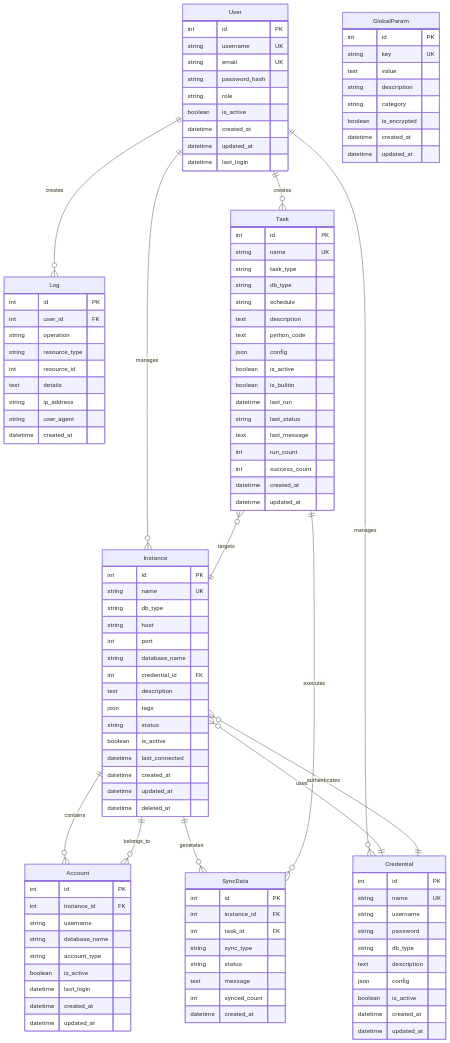
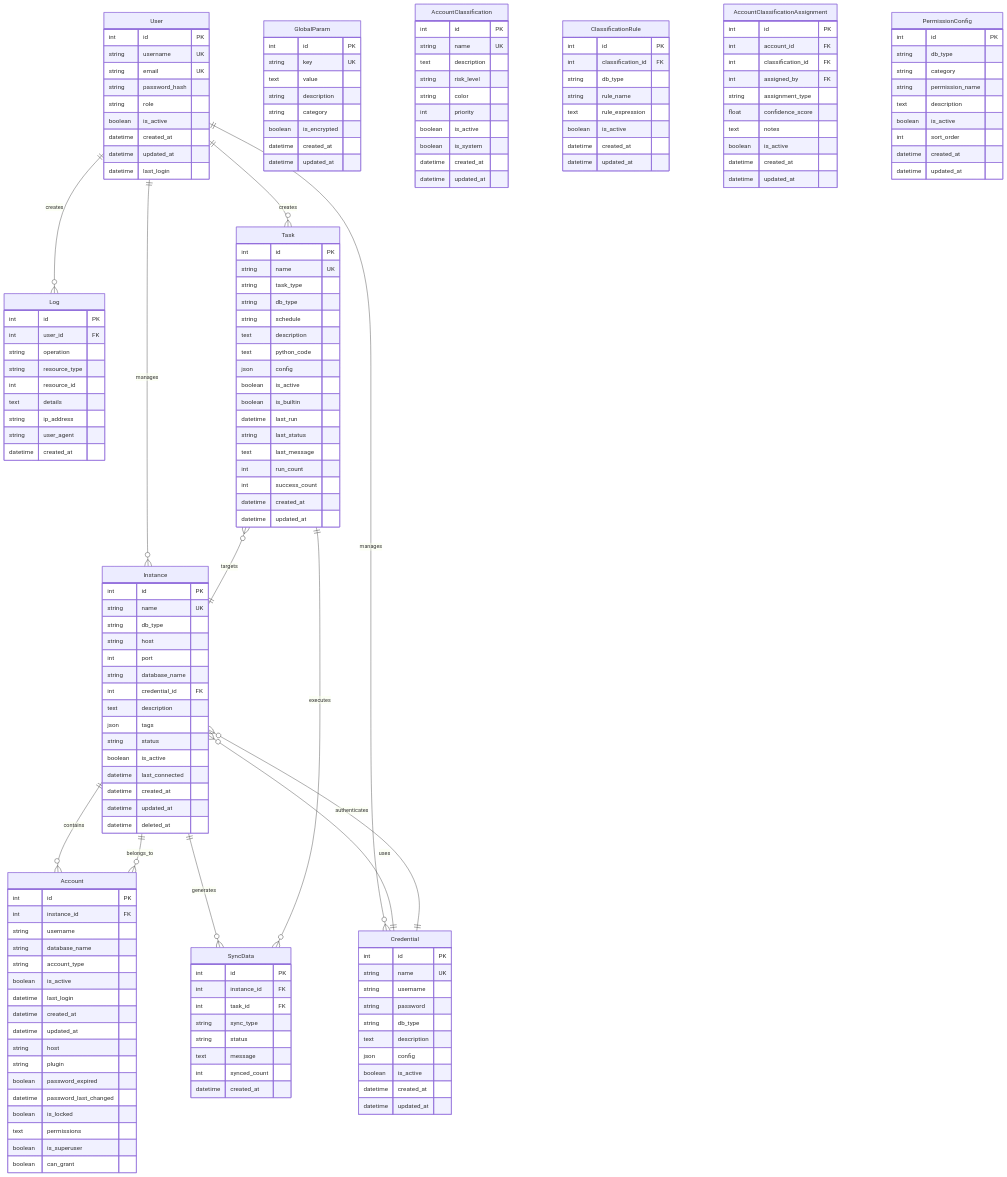
Before and after one commit to nyealovey/TaifishingV4: the second of 3 diagrams in doc/spec.md, drawn with Mermaid. The commit also changed other lines of this file and 20 other files, not shown here.

````diff
--- a/doc/spec.md
+++ b/doc/spec.md
@@ -184,6 +185,14 @@
         datetime last_login
         datetime created_at
         datetime updated_at
+        string host
+        string plugin
+        boolean password_expired
+        datetime password_last_changed
+        boolean is_locked
+        text permissions
+        boolean is_superuser
+        boolean can_grant
     }
     
     Task {
@@ -239,4 +248,53 @@
         datetime created_at
         datetime updated_at
     }
+    
+    AccountClassification {
+        int id PK
+        string name UK
+        text description
+        string risk_level
+        string color
+        int priority
+        boolean is_active
+        boolean is_system
+        datetime created_at
+        datetime updated_at
+    }
+    
+    ClassificationRule {
+        int id PK
+        int classification_id FK
+        string db_type
+        string rule_name
+        text rule_expression
+        boolean is_active
+        datetime created_at
+        datetime updated_at
+    }
+    
+    AccountClassificationAssignment {
+        int id PK
+        int account_id FK
+        int classification_id FK
+        int assigned_by FK
+        string assignment_type
+        float confidence_score
+        text notes
+        boolean is_active
+        datetime created_at
+        datetime updated_at
+    }
+    
+    PermissionConfig {
+        int id PK
+        string db_type
+        string category
+        string permission_name
+        text description
+        boolean is_active
+        int sort_order
+        datetime created_at
+        datetime updated_at
+    }
 ```
````
